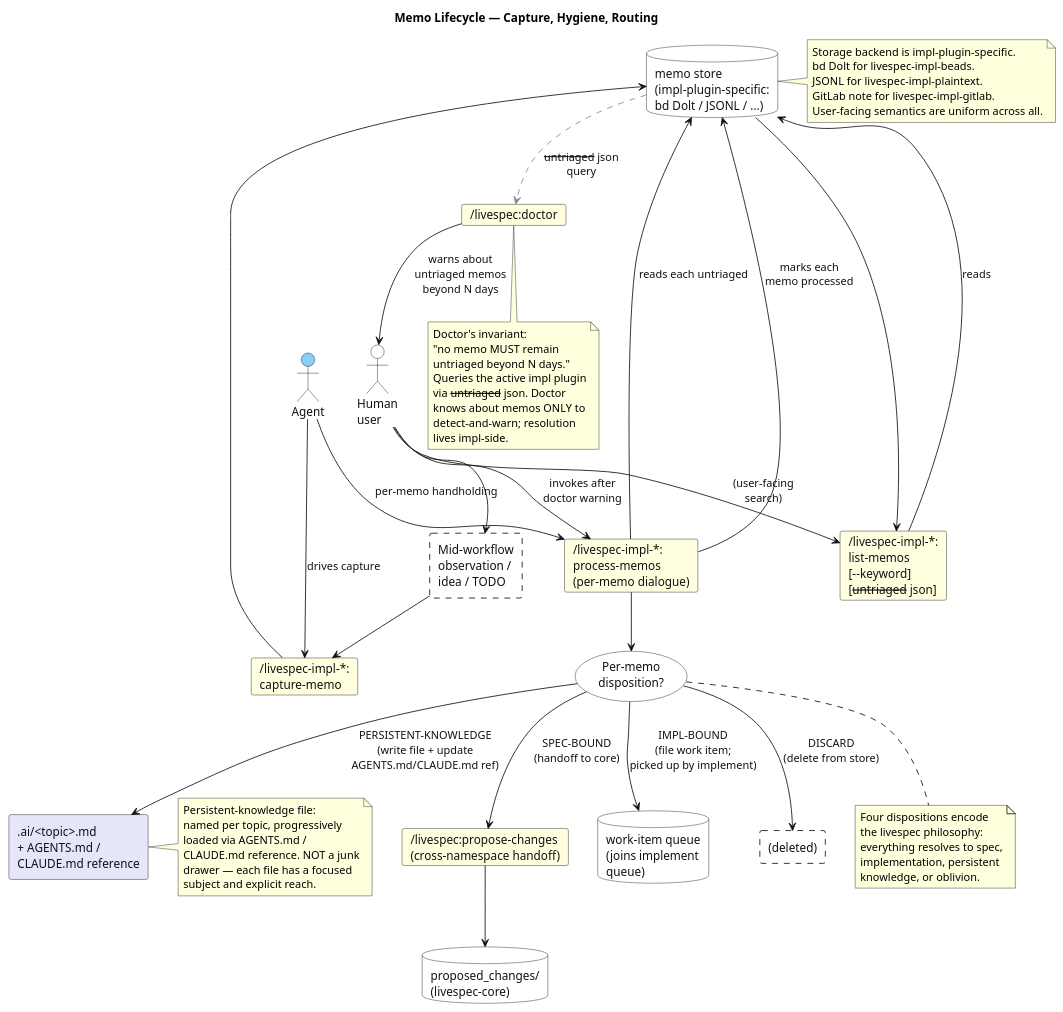
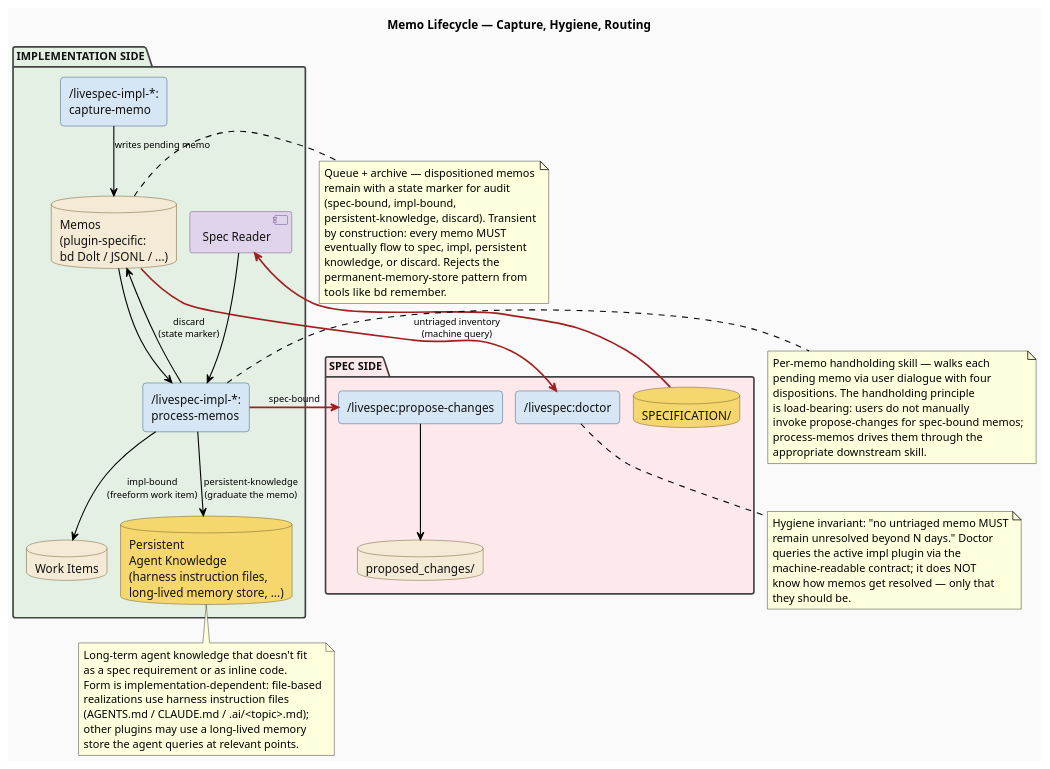
Before and after one commit to thewoolleyman/livespec: the diagram in research/workflow-processes/diagrams/memo-lifecycle.plantuml, drawn with PlantUML. The commit also changed 19 other files, not shown here.

```diff
--- a/research/workflow-processes/diagrams/memo-lifecycle.plantuml
+++ b/research/workflow-processes/diagrams/memo-lifecycle.plantuml
@@ -1,86 +1,83 @@
 @startuml memo-lifecycle
 title Memo Lifecycle — Capture, Hygiene, Routing
 skinparam defaultFontName Helvetica
 skinparam shadowing false
-skinparam BackgroundColor white
-skinparam ArrowColor #111
-skinparam ArrowFontColor #111
+skinparam BackgroundColor #fafafa
+skinparam ArrowColor #000000
+skinparam ArrowFontColor #000000
+skinparam ArrowFontSize 11
+skinparam ArrowThickness 1.3
+skinparam nodesep 16
+skinparam ranksep 26
+hide stereotype
+
 skinparam rectangle {
-  BorderColor #111
-  BackgroundColor white
+  BackgroundColor #d6e6f5
+  BorderColor #1f4768
+  FontColor #111
+  RoundCorner 8
+}
+skinparam database {
+  BackgroundColor #f5ead5
+  BorderColor #5a4319
   FontColor #111
 }
-skinparam database {
-  BorderColor #111
-  BackgroundColor white
+skinparam component {
+  BackgroundColor #e0d4ec
+  BorderColor #5a3a72
   FontColor #111
 }
-skinparam usecase {
-  BorderColor #111
-  BackgroundColor white
+skinparam package {
   FontColor #111
-}
-skinparam card {
-  BorderColor #111
-  BackgroundColor white
-  FontColor #111
-}
-skinparam actor {
-  BorderColor #111
-  BackgroundColor white
-  FontColor #111
+  FontSize 13
+  FontStyle bold
+  BorderColor #444
+  BorderThickness 2
 }
 
-actor "Human\nuser" as HumanUser
-actor "Agent" as Agent #LightSkyBlue
+package "SPEC SIDE" as SpecPkg #fde8ec {
+  rectangle "/livespec:doctor" as Doctor
+  rectangle "/livespec:propose-changes" as Propose
+  database "SPECIFICATION/" as Spec #f5d76e
+  database "proposed_changes/" as PCQueue
+}
 
-rectangle "Mid-workflow\nobservation /\nidea / TODO" as Observation #FFFFFF;line.dashed
+package "IMPLEMENTATION SIDE" as ImplPkg #e3f0e3 {
+  rectangle "/livespec-impl-*:\ncapture-memo" as CaptureMemo
+  rectangle "/livespec-impl-*:\nprocess-memos" as ProcessMemos
+  component "Spec Reader" as SpecReader
 
-card "/livespec-impl-*:\ncapture-memo" as CaptureMemo #LightYellow
-database "memo store\n(impl-plugin-specific:\nbd Dolt / JSONL / ...)" as MemoStore
+  database "Memos\n(plugin-specific:\nbd Dolt / JSONL / ...)" as Memos
+  database "Work Items" as WorkItems
+  database "Persistent\nAgent Knowledge\n(harness instruction files,\nlong-lived memory store, ...)" as AgentKnowledge #f5d76e
+}
 
-card "/livespec:doctor" as Doctor #LightYellow
-card "/livespec-impl-*:\nlist-memos\n[--keyword]\n[--untriaged --json]" as ListMemos #LightYellow
+' Capture path — low-friction free-text deposit
+CaptureMemo --> Memos : writes pending memo
 
-card "/livespec-impl-*:\nprocess-memos\n(per-memo dialogue)" as ProcessMemos #LightYellow
-usecase "Per-memo\ndisposition?" as Disposition
+' Cross-boundary: Doctor queries untriaged memos for hygiene invariant
+Memos -[#a02020,thickness=2]-> Doctor : untriaged inventory\n(machine query)
 
-card "/livespec:propose-changes\n(cross-namespace handoff)" as ProposeChanges #LightYellow
-database "proposed_changes/\n(livespec-core)" as Proposed
-database "work-item queue\n(joins implement\nqueue)" as WorkQueue
-rectangle ".ai/<topic>.md\n+ AGENTS.md /\nCLAUDE.md reference" as AiTree #Lavender
-rectangle "(deleted)" as Discarded #FFFFFF;line.dashed
+' Spec Reader feeds Process Memos for spec-vs-impl disposition decisions
+Spec -[#a02020,thickness=2]-> SpecReader
+SpecReader --> ProcessMemos
 
-HumanUser --> Observation
-Observation --> CaptureMemo
-Agent --> CaptureMemo : drives capture
-CaptureMemo --> MemoStore
+' Process Memos drains pending memos and routes per disposition
+Memos --> ProcessMemos
+ProcessMemos --> WorkItems : impl-bound\n(freeform work item)
+ProcessMemos --> AgentKnowledge : persistent-knowledge\n(graduate the memo)
+ProcessMemos --> Memos : discard\n(state marker)
 
-MemoStore -[#888,dashed]-> Doctor : --untriaged --json\nquery
-Doctor --> HumanUser : warns about\nuntriaged memos\nbeyond N days
-HumanUser --> ListMemos : (user-facing\nsearch)
-ListMemos --> MemoStore : reads
-MemoStore --> ListMemos
+' Cross-boundary: spec-bound memo routes to Propose Change
+ProcessMemos -[#a02020,thickness=2]-> Propose : spec-bound
+Propose --> PCQueue
 
-HumanUser --> ProcessMemos : invokes after\ndoctor warning
-Agent --> ProcessMemos : per-memo handholding
-ProcessMemos --> MemoStore : reads each untriaged
-ProcessMemos --> Disposition
+note right of Memos : Queue + archive — dispositioned memos\nremain with a state marker for audit\n(spec-bound, impl-bound,\npersistent-knowledge, discard). Transient\nby construction: every memo MUST\neventually flow to spec, impl, persistent\nknowledge, or discard. Rejects the\npermanent-memory-store pattern from\ntools like bd remember.
 
-Disposition --> ProposeChanges : SPEC-BOUND\n(handoff to core)
-ProposeChanges --> Proposed
-Disposition --> WorkQueue : IMPL-BOUND\n(file work item;\npicked up by implement)
-Disposition --> AiTree : PERSISTENT-KNOWLEDGE\n(write file + update\nAGENTS.md/CLAUDE.md ref)
-Disposition --> Discarded : DISCARD\n(delete from store)
+note bottom of Doctor : Hygiene invariant: "no untriaged memo MUST\nremain unresolved beyond N days." Doctor\nqueries the active impl plugin via the\nmachine-readable contract; it does NOT\nknow how memos get resolved — only that\nthey should be.
 
-ProcessMemos --> MemoStore : marks each\nmemo processed
+note right of ProcessMemos : Per-memo handholding skill — walks each\npending memo via user dialogue with four\ndispositions. The handholding principle\nis load-bearing: users do not manually\ninvoke propose-changes for spec-bound memos;\nprocess-memos drives them through the\nappropriate downstream skill.
 
-note right of MemoStore : Storage backend is impl-plugin-specific.\nbd Dolt for livespec-impl-beads.\nJSONL for livespec-impl-plaintext.\nGitLab note for livespec-impl-gitlab.\nUser-facing semantics are uniform across all.
-
-note bottom of Doctor : Doctor's invariant:\n"no memo MUST remain\nuntriaged beyond N days."\nQueries the active impl plugin\nvia --untriaged --json. Doctor\nknows about memos ONLY to\ndetect-and-warn; resolution\nlives impl-side.
-
-note right of AiTree : Persistent-knowledge file:\nnamed per topic, progressively\nloaded via AGENTS.md /\nCLAUDE.md reference. NOT a junk\ndrawer — each file has a focused\nsubject and explicit reach.
-
-note bottom of Disposition : Four dispositions encode\nthe livespec philosophy:\neverything resolves to spec,\nimplementation, persistent\nknowledge, or oblivion.
+note bottom of AgentKnowledge : Long-term agent knowledge that doesn't fit\nas a spec requirement or as inline code.\nForm is implementation-dependent: file-based\nrealizations use harness instruction files\n(AGENTS.md / CLAUDE.md / .ai/<topic>.md);\nother plugins may use a long-lived memory\nstore the agent queries at relevant points.
 
 @enduml
```
